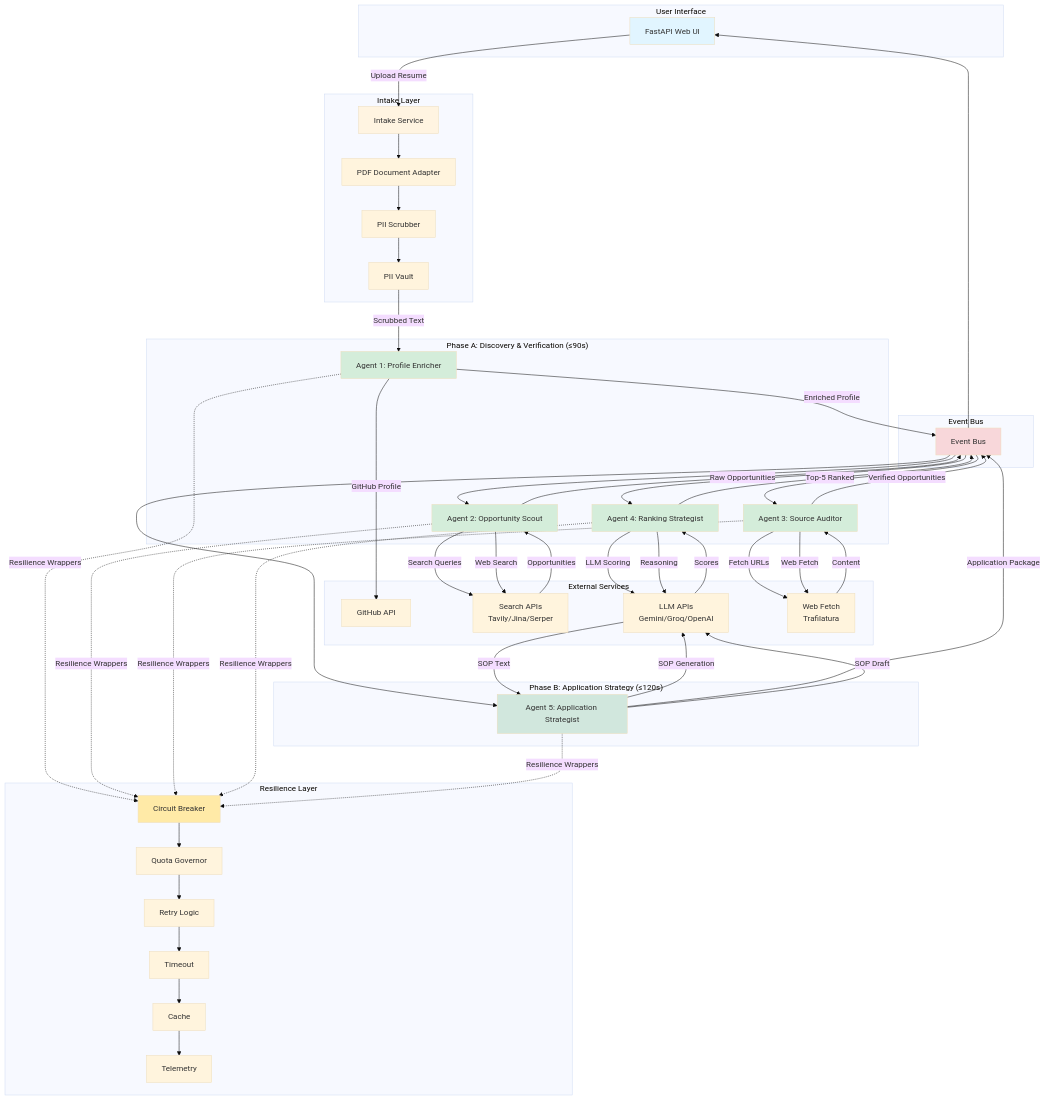
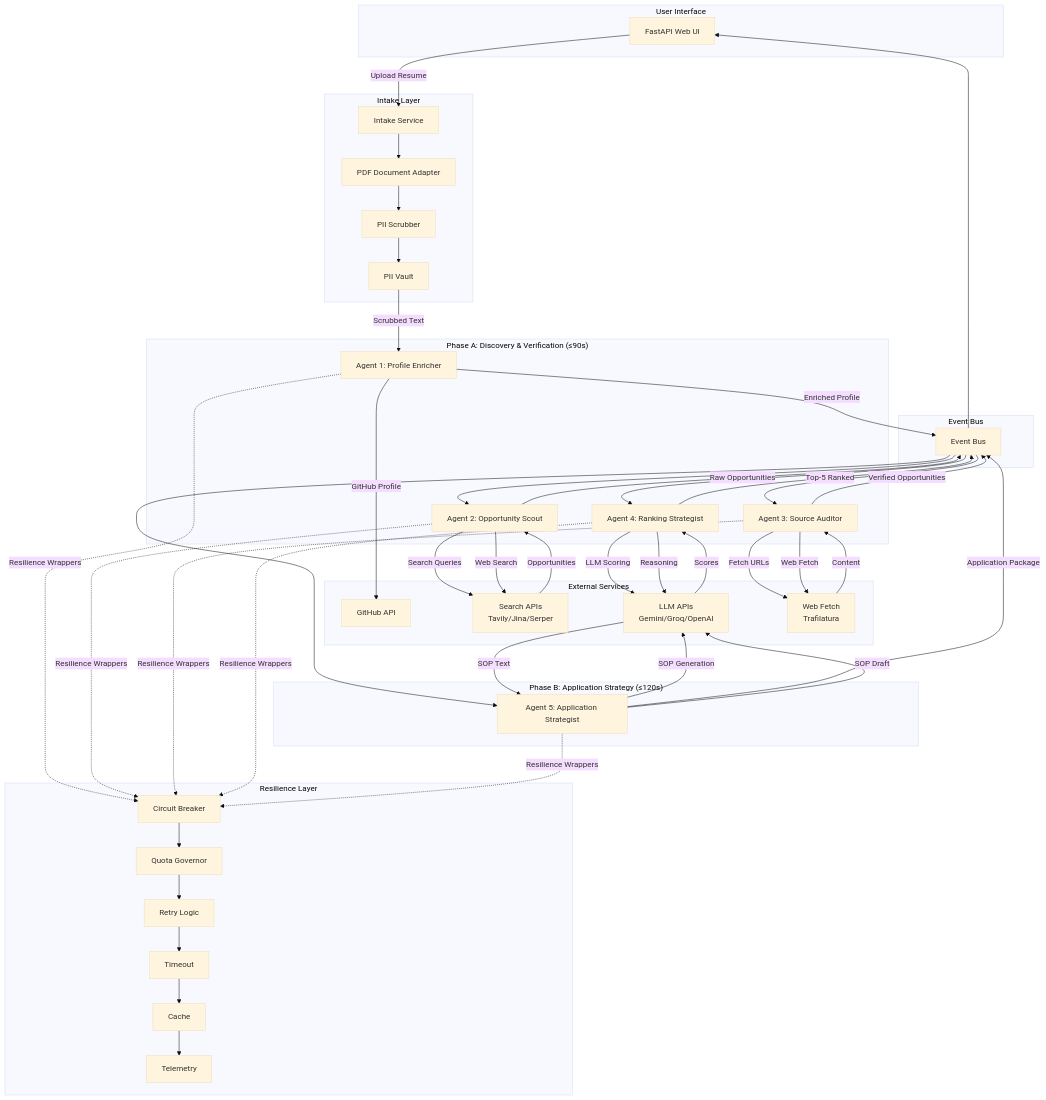
One commit to Emperor-4037/ScholarLift changed the first of 2 diagrams in ARCHITECTURE.md. Above: the diagram before and after it, drawn with Mermaid (base theme). The commit also changed other lines of this file and 1 other file, not shown here.

First line of the commit message:
Remove fill colors from mermaid diagrams for better GitHub visibility

````diff
--- a/ARCHITECTURE.md
+++ b/ARCHITECTURE.md
@@ -92,14 +92,4 @@
     AGENT3 -->|Web Fetch| WEB
     AGENT4 -->|Reasoning| LLM
     AGENT5 -->|SOP Draft| LLM
-
-    style UI fill:#e1f5ff
-    style INTAKE fill:#fff4e1
-    style AGENT1 fill:#d4edda
-    style AGENT2 fill:#d4edda
-    style AGENT3 fill:#d4edda
-    style AGENT4 fill:#d4edda
-    style AGENT5 fill:#d1e7dd
-    style BUS fill:#f8d7da
-    style CB fill:#ffeaa7
 ```
````
